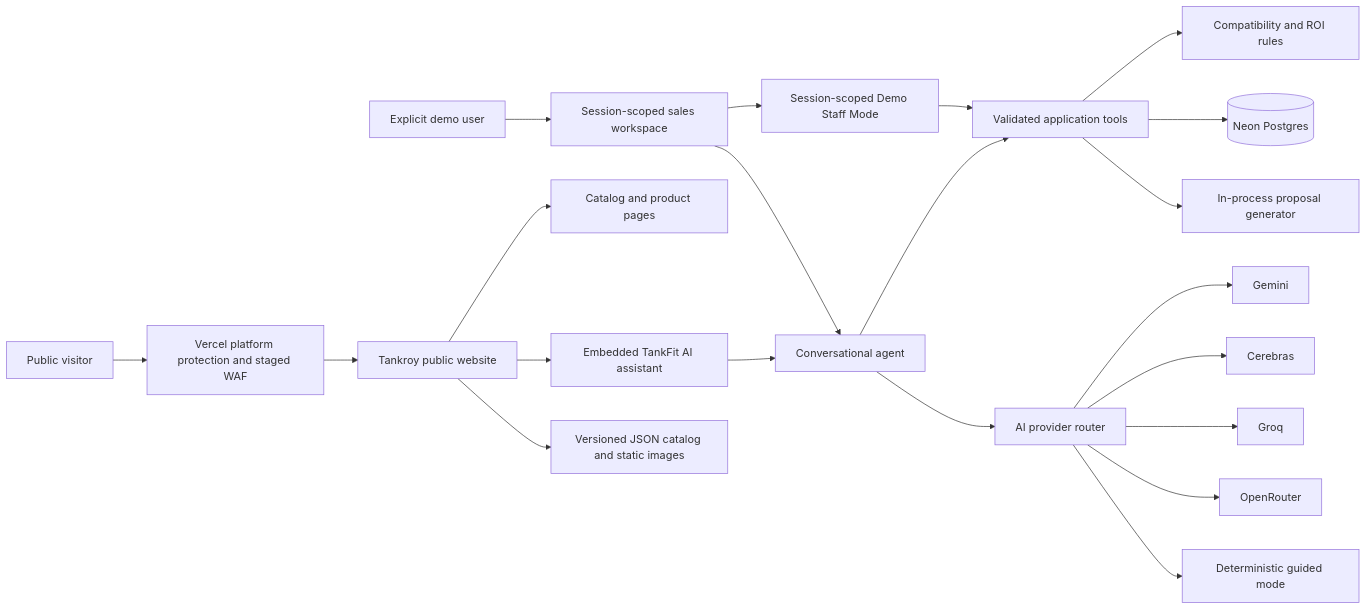
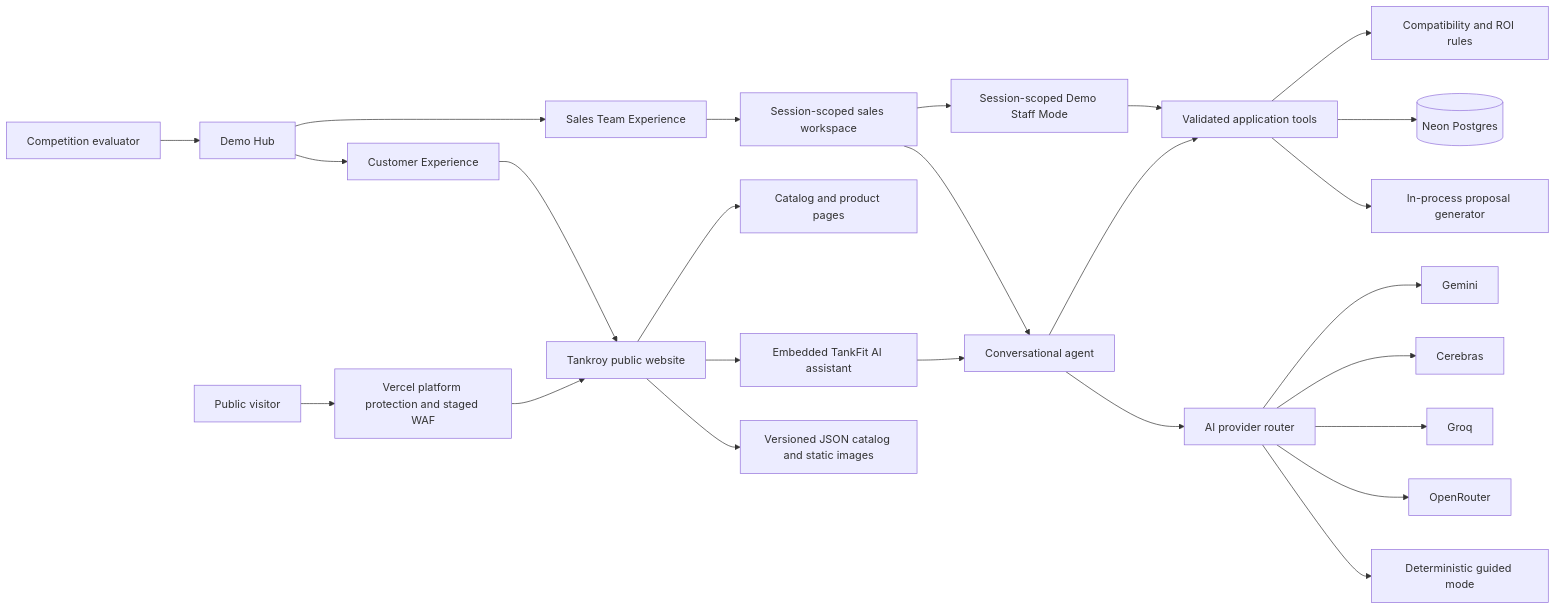
One commit to davicanada/tankfit-ai changed the diagram in docs/architecture.md. Above: the diagram before and after it, drawn with Mermaid. The commit also changed other lines of this file and 9 other files, not shown here.

Commit message:
docs: define customer and sales demo modes

````diff
--- a/docs/architecture.md
+++ b/docs/architecture.md
@@ -13,23 +13,27 @@
 ```mermaid
 flowchart LR
     Visitor[Public visitor] --> Firewall[Vercel platform protection and staged WAF]
     Firewall --> Public[Tankroy public website]
     Public --> Widget[Embedded TankFit AI assistant]
     Public --> Catalog[Catalog and product pages]
     Widget --> Agent[Conversational agent]
-    Staff[Explicit demo user] --> Workspace[Session-scoped sales workspace]
+    Evaluator[Competition evaluator] --> Hub[Demo Hub]
+    Hub --> CustomerMode[Customer Experience]
+    Hub --> SalesMode[Sales Team Experience]
+    CustomerMode --> Public
+    SalesMode --> Workspace[Session-scoped sales workspace]
     Workspace --> Agent
     Agent --> Tools[Validated application tools]
     Tools --> Rules[Compatibility and ROI rules]
     Tools --> DB[(Neon Postgres)]
     Agent --> Router[AI provider router]
     Router --> Gemini[Gemini]
     Router --> Cerebras[Cerebras]
     Router --> Groq[Groq]
     Router --> OpenRouter[OpenRouter]
     Router --> Guided[Deterministic guided mode]
     Public --> Static[Versioned JSON catalog and static images]
     Workspace --> Approval[Session-scoped Demo Staff Mode]
     Approval --> Tools
     Tools --> PDF[In-process proposal generator]
 ```
````
